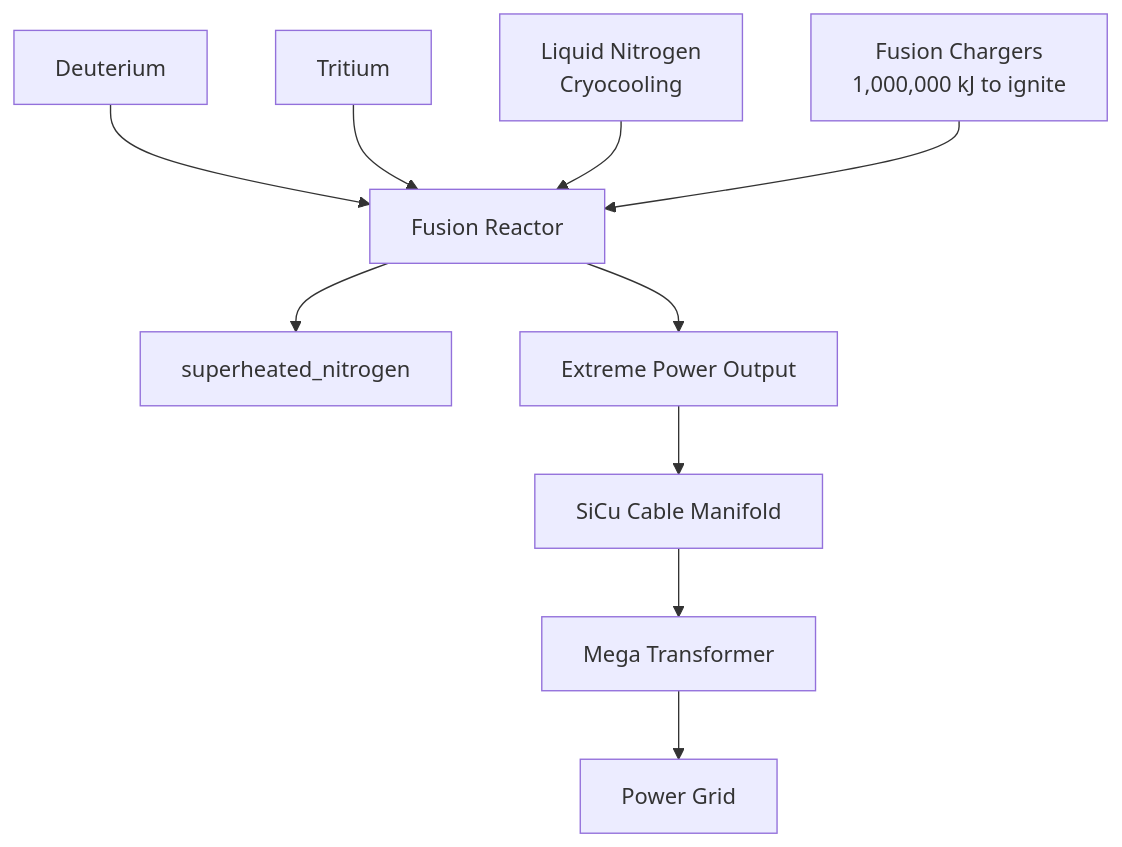
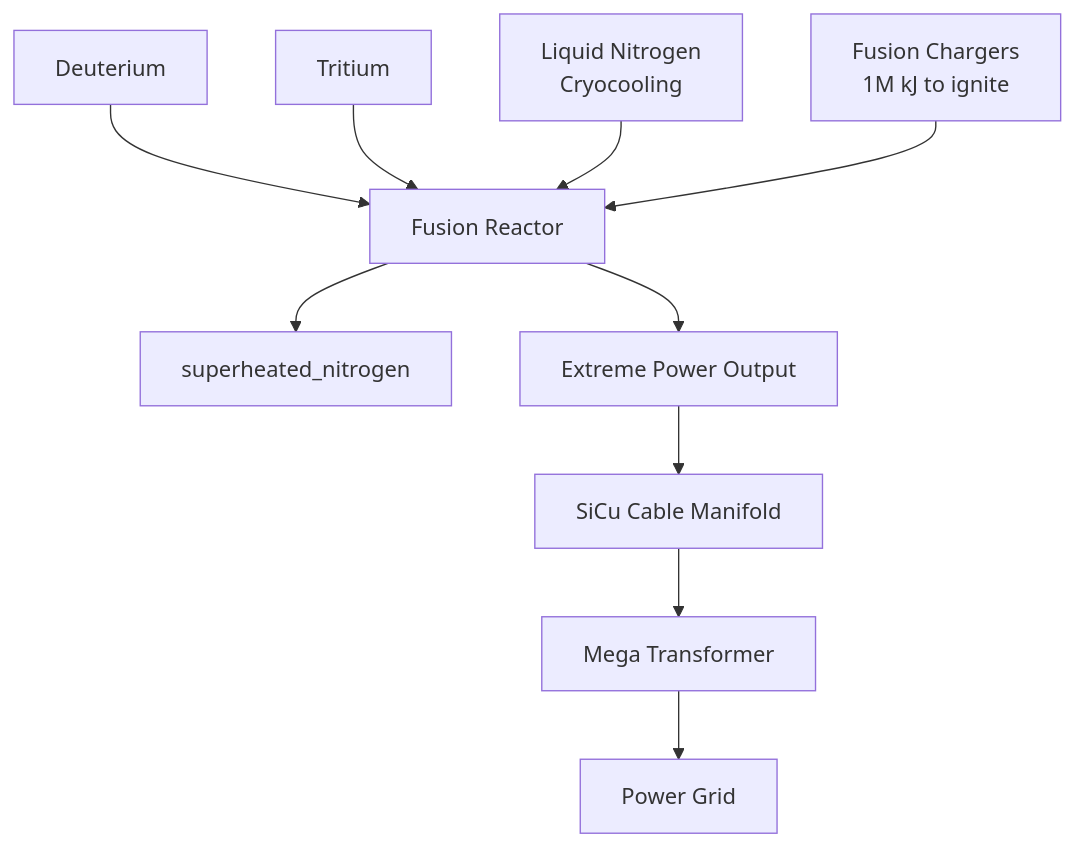
The tenth of 28 diagrams in WIKI.md (pourgb/root.works), drawn with Mermaid before and after one commit. The commit also changed other lines of this file, not shown here.

Commit message:
FUCK MERMAID, FUCK THE GUY WHO INVENTED MERMAID BULLSHIT

````diff
--- a/WIKI.md
+++ b/WIKI.md
@@ -360,12 +360,12 @@
 ```mermaid
 flowchart TD
     Deuterium --> FusionReactor[Fusion Reactor]
     Tritium --> FusionReactor
     LiquidN2["Liquid Nitrogen<br/>Cryocooling"] --> FusionReactor
-    FusionCharge["Fusion Chargers<br/> 1,000,000 kJ to ignite"] --> FusionReactor
+    FusionCharge["Fusion Chargers<br/> 1M kJ to ignite"] --> FusionReactor
     FusionReactor --> SuperheatedN2[superheated_nitrogen]
     FusionReactor --> MassivePower[Extreme Power Output]
     MassivePower --> SiCuCable[SiCu Cable Manifold]
     SiCuCable --> MegaTransformer[Mega Transformer]
     MegaTransformer --> Grid[Power Grid]
 ```
````
